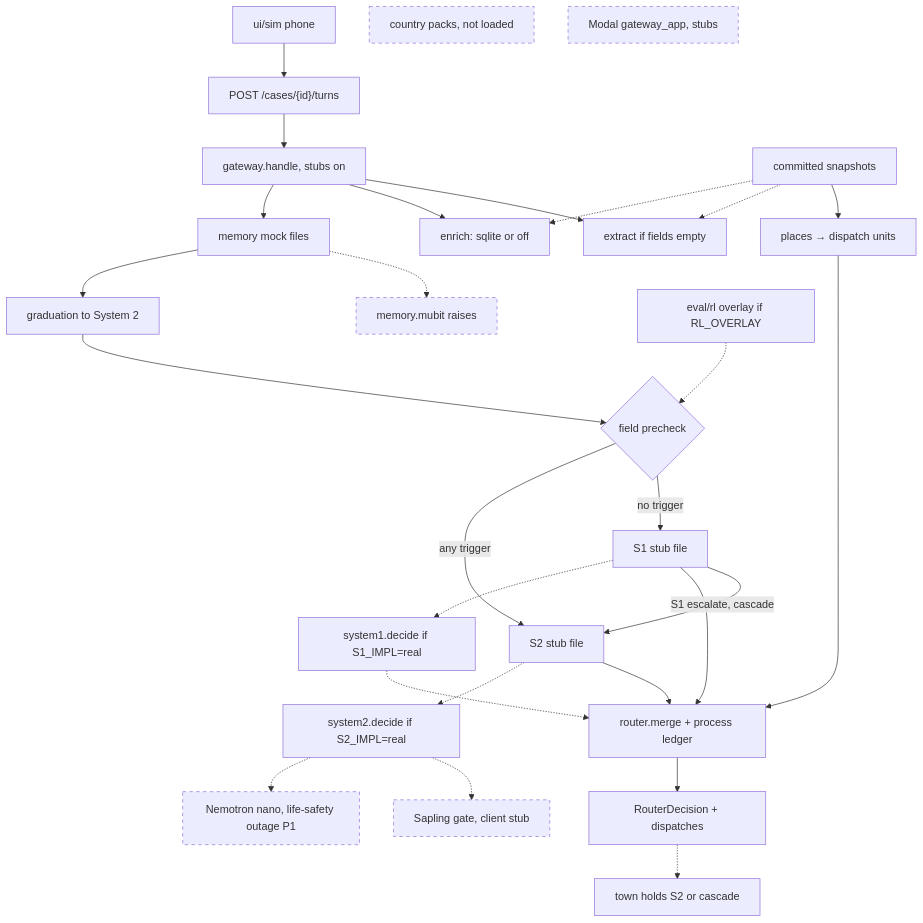
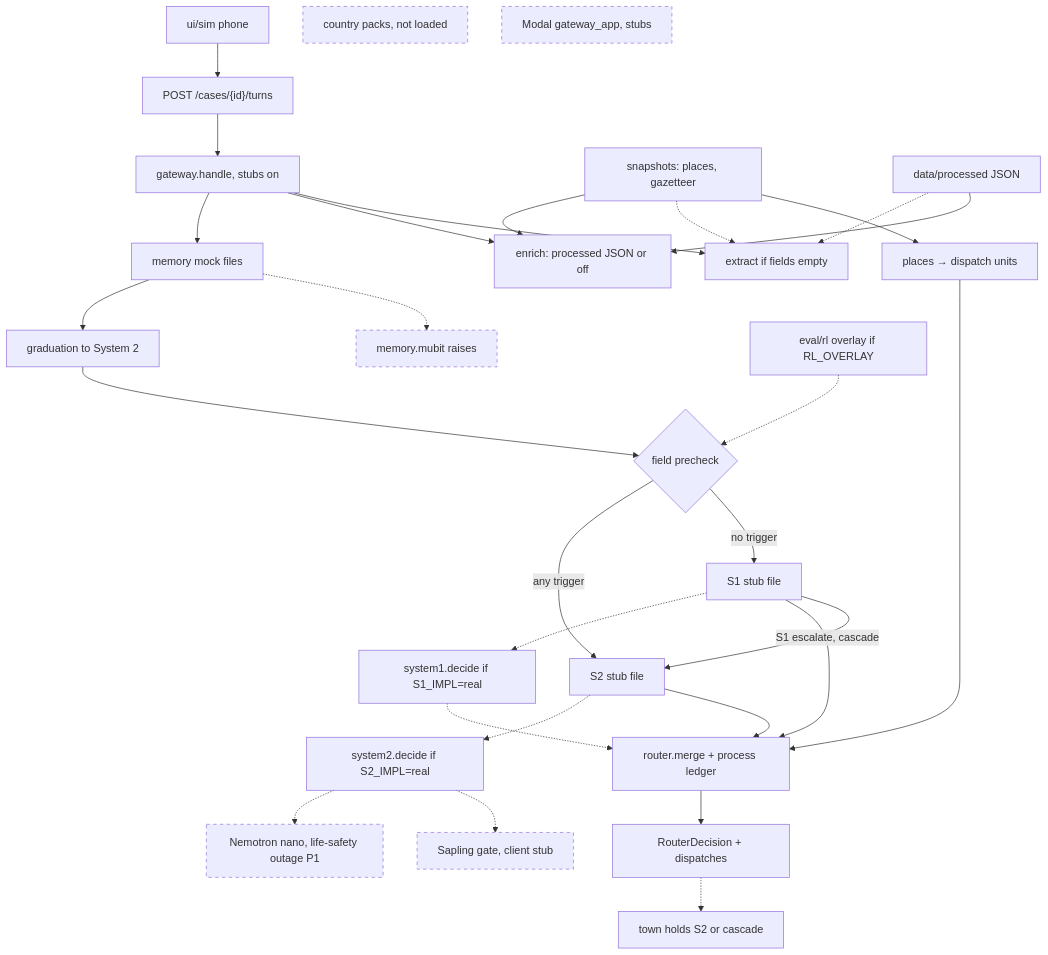
The first of 3 diagrams in BaanSafe_Revised_Architecture.md (melaniepreen/Baan-Safe), drawn with Mermaid before and after one commit. The commit also changed other lines of this file and 2 other files, not shown here.

First line of the commit message:
docs: refresh architecture diagram (fa8a4ca)

````diff
--- a/BaanSafe_Revised_Architecture.md
+++ b/BaanSafe_Revised_Architecture.md
@@ -20,31 +20,33 @@
 ```mermaid
 flowchart TD
   classDef unwired stroke-dasharray: 5 5
   phone["ui/sim phone"] --> turns["POST /cases/{id}/turns"]
   turns --> gw["gateway.handle, stubs on"]
   gw --> extract["extract if fields empty"]
-  gw --> enrich["enrich: sqlite or off"]
+  gw --> enrich["enrich: processed JSON or off"]
   gw --> mem["memory mock files"]
   mem -.-> mm["memory.mubit raises"]:::unwired
   mem --> grad["graduation to System 2"]
   grad --> pick{"field precheck"}
   pick -->|no trigger| s1["S1 stub file"]
   pick -->|any trigger| s2["S2 stub file"]
   s1 -->|"S1 escalate, cascade"| s2
   ov["eval/rl overlay if RL_OVERLAY"] -.-> pick
   s1 --> merge["router.merge + process ledger"]
   s2 --> merge
-  snap["committed snapshots"] --> places["places → dispatch units"]
+  snap["snapshots: places, gazetteer"] --> places["places → dispatch units"]
   places --> merge
+  proc["data/processed JSON"] --> enrich
+  proc -.-> extract
   snap -.-> extract
-  snap -.-> enrich
+  snap --> enrich
   merge --> out["RouterDecision + dispatches"]
   out -.-> hold["town holds S2 or cascade"]
   s1 -.-> rules["system1.decide if S1_IMPL=real"]
   rules -.-> merge
   s2 -.-> s2d["system2.decide if S2_IMPL=real"]
   s2d -.-> sap["Sapling gate, client stub"]:::unwired
   s2d -.-> llm["Nemotron nano, life-safety outage P1"]:::unwired
   packs["country packs, not loaded"]:::unwired
   modal["Modal gateway_app, stubs"]:::unwired
 ```
````
